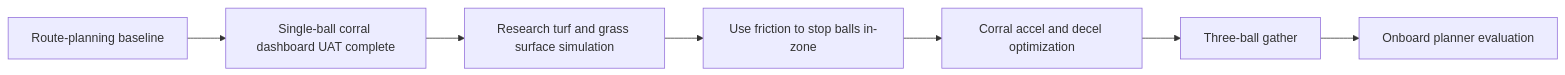
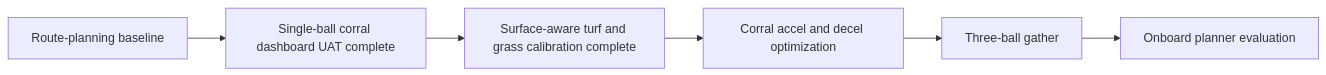
The diagram in docs/ROADMAP_2026_H2.md (fsmalkin/chasebot), drawn with Mermaid before and after one commit. The commit also changed other lines of this file and 16 other files, not shown here.

Commit message:
feat: calibrate corral placement for turf surfaces

````diff
--- a/docs/ROADMAP_2026_H2.md
+++ b/docs/ROADMAP_2026_H2.md
@@ -144,9 +143,8 @@
 ```mermaid
 flowchart LR
     A[Route-planning baseline] --> B[Single-ball corral dashboard UAT complete]
-    B --> C[Research turf and grass surface simulation]
-    C --> D[Use friction to stop balls in-zone]
-    D --> E[Corral accel and decel optimization]
-    E --> F[Three-ball gather]
-    F --> G[Onboard planner evaluation]
+    B --> C[Surface-aware turf and grass calibration complete]
+    C --> D[Corral accel and decel optimization]
+    D --> E[Three-ball gather]
+    E --> F[Onboard planner evaluation]
 ```
````
